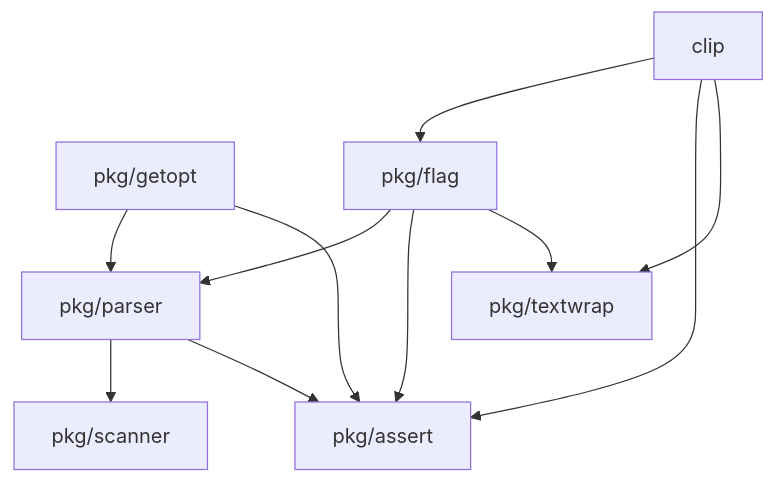
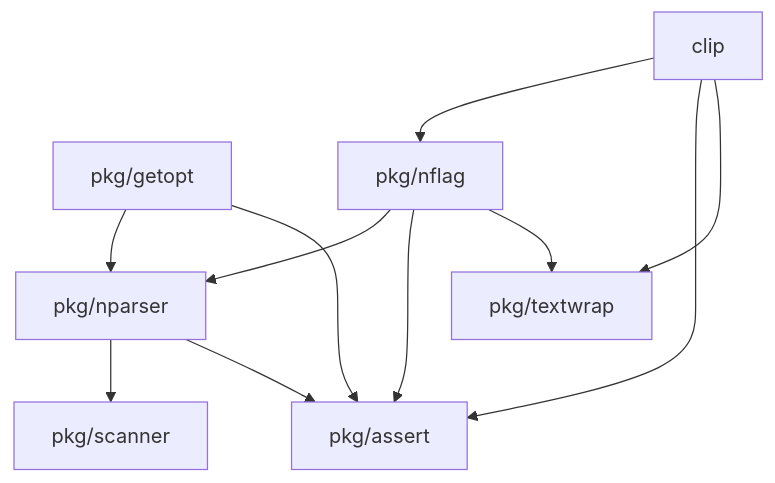
Before and after one commit to bassosimone/clip: the diagram in README.md, drawn with Mermaid. The commit also changed other lines of this file and 15 other files, not shown here.

First line of the commit message:
BREAKING CHANGE(clip): rework reordering and use nflag

````diff
--- a/README.md
+++ b/README.md
@@ -145,21 +152,21 @@
 ```mermaid
 flowchart TD
     assert[pkg/assert]
     clip
     getopt[pkg/getopt]
-    flag[pkg/flag]
-    parser[pkg/parser]
+    nflag[pkg/nflag]
+    nparser[pkg/nparser]
     scanner[pkg/scanner]
     textwrap[pkg/textwrap]
 
-    clip --> flag
+    clip --> nflag
     clip --> assert
     clip --> textwrap
-    getopt --> parser
-    flag --> parser
-    parser --> scanner
-    flag --> assert
+    getopt --> nparser
+    nflag --> nparser
+    nparser --> scanner
+    nflag --> assert
     getopt --> assert
-    parser --> assert
-    flag --> textwrap
+    nparser --> assert
+    nflag --> textwrap
 ```
````
